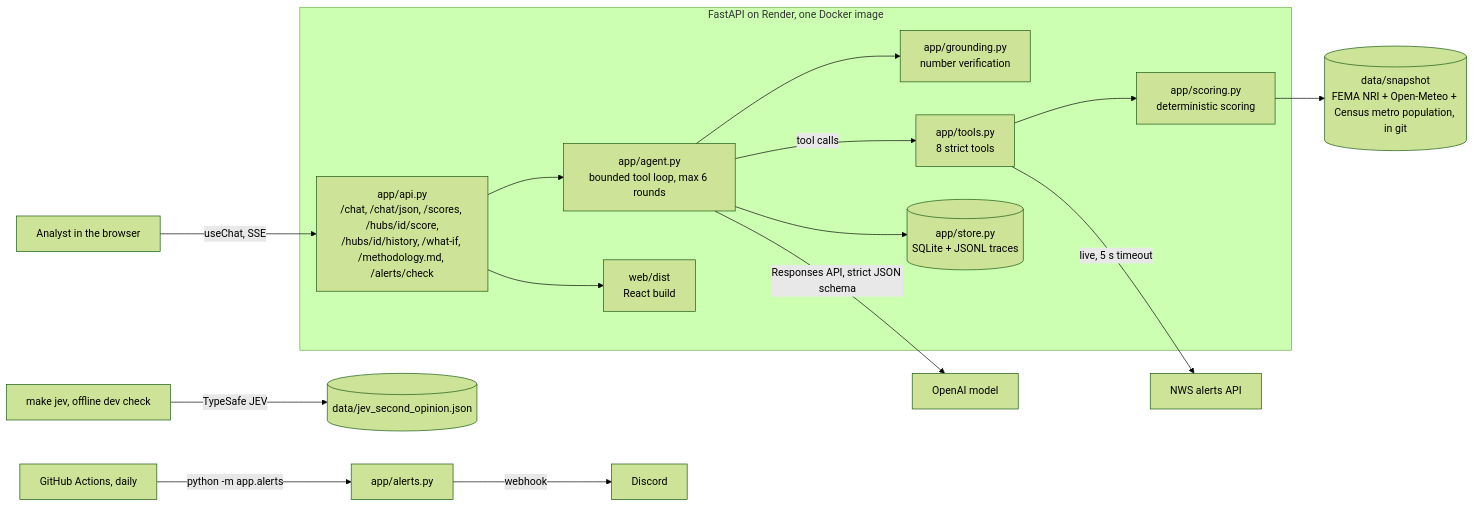
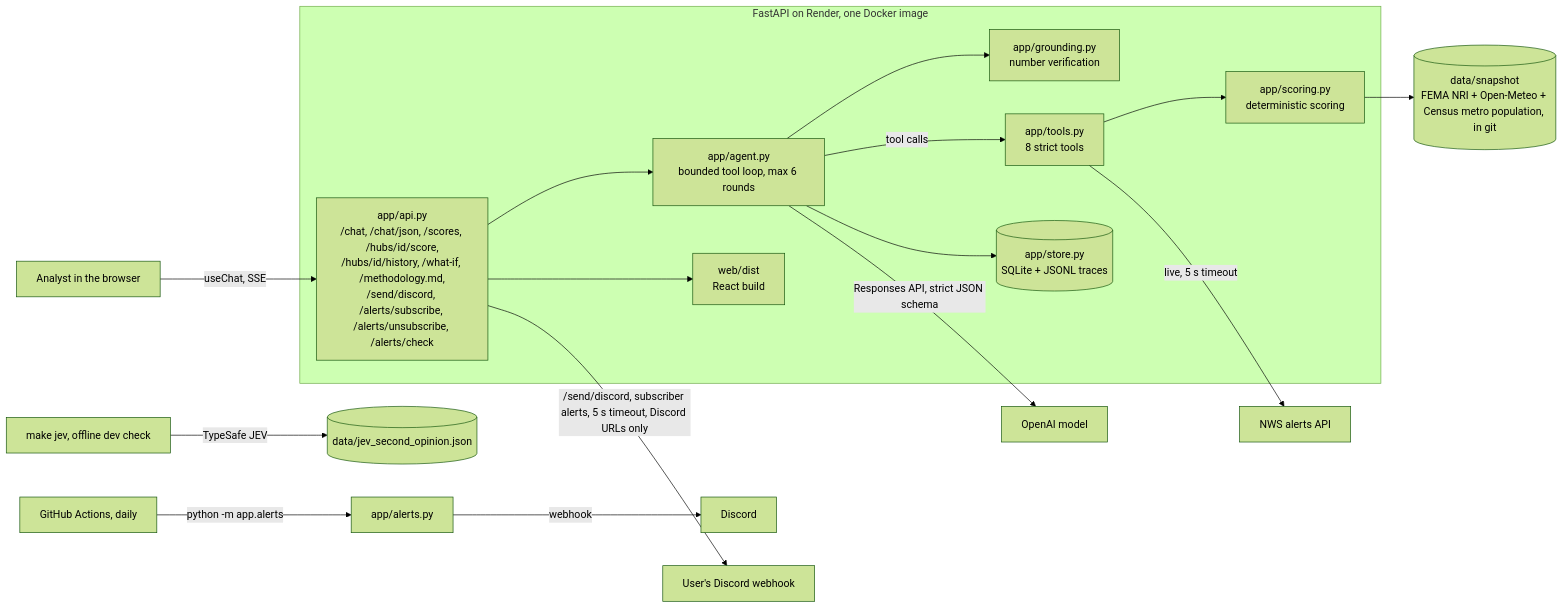
Before and after one commit to yarkoody/WeatherAgent: the diagram in docs/ARCHITECTURE.md, drawn with Mermaid (forest theme). The commit also changed other lines of this file and 16 other files, not shown here.

First line of the commit message:
feat: send answers to Discord or by email, and Discord score-change alerts

````diff
--- a/docs/ARCHITECTURE.md
+++ b/docs/ARCHITECTURE.md
@@ -7,24 +7,25 @@
 ```mermaid
 flowchart LR
   U[Analyst in the browser] -->|useChat, SSE| API
   subgraph Server [FastAPI on Render, one Docker image]
-    API[app/api.py<br/>/chat, /chat/json, /scores, /hubs/id/score,<br/>/hubs/id/history, /what-if, /methodology.md, /alerts/check]
+    API[app/api.py<br/>/chat, /chat/json, /scores, /hubs/id/score,<br/>/hubs/id/history, /what-if, /methodology.md,<br/>/send/discord, /alerts/subscribe, /alerts/unsubscribe, /alerts/check]
     AG[app/agent.py<br/>bounded tool loop, max 6 rounds]
     GR[app/grounding.py<br/>number verification]
     TL[app/tools.py<br/>8 strict tools]
     SC[app/scoring.py<br/>deterministic scoring]
     ST[(app/store.py<br/>SQLite + JSONL traces)]
     UI[web/dist<br/>React build]
   end
   API --> AG
   AG -->|tool calls| TL
   TL --> SC
   SC --> SNAP[(data/snapshot<br/>FEMA NRI + Open-Meteo + Census metro population, in git)]
   TL -->|live, 5 s timeout| NWS[NWS alerts API]
   AG -->|Responses API, strict JSON schema| LLM[OpenAI model]
   AG --> GR
   AG --> ST
   API --> UI
   GHA[GitHub Actions, daily] -->|python -m app.alerts| ALR[app/alerts.py] -->|webhook| DIS[Discord]
+  API -->|/send/discord, subscriber alerts, 5 s timeout, Discord URLs only| UDIS[User's Discord webhook]
   JEV[make jev, offline dev check] -->|TypeSafe JEV| OPN[(data/jev_second_opinion.json)]
 ```
````
